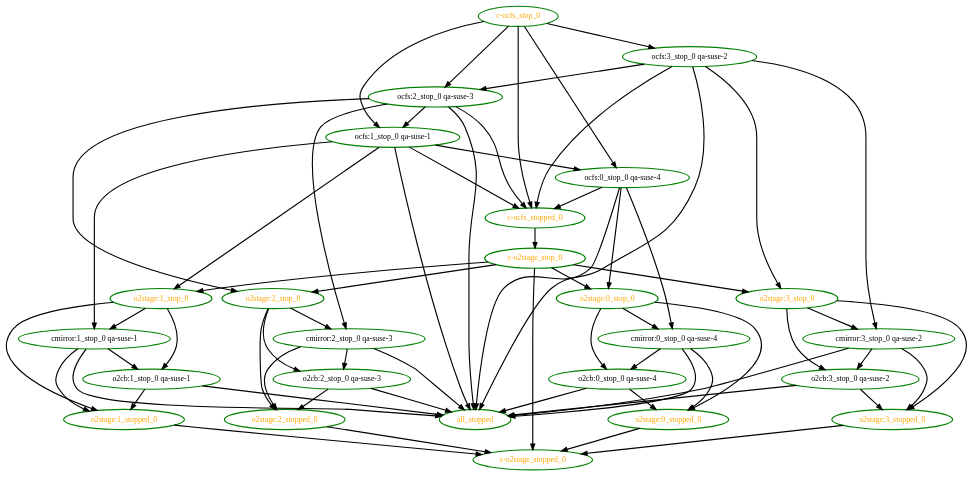
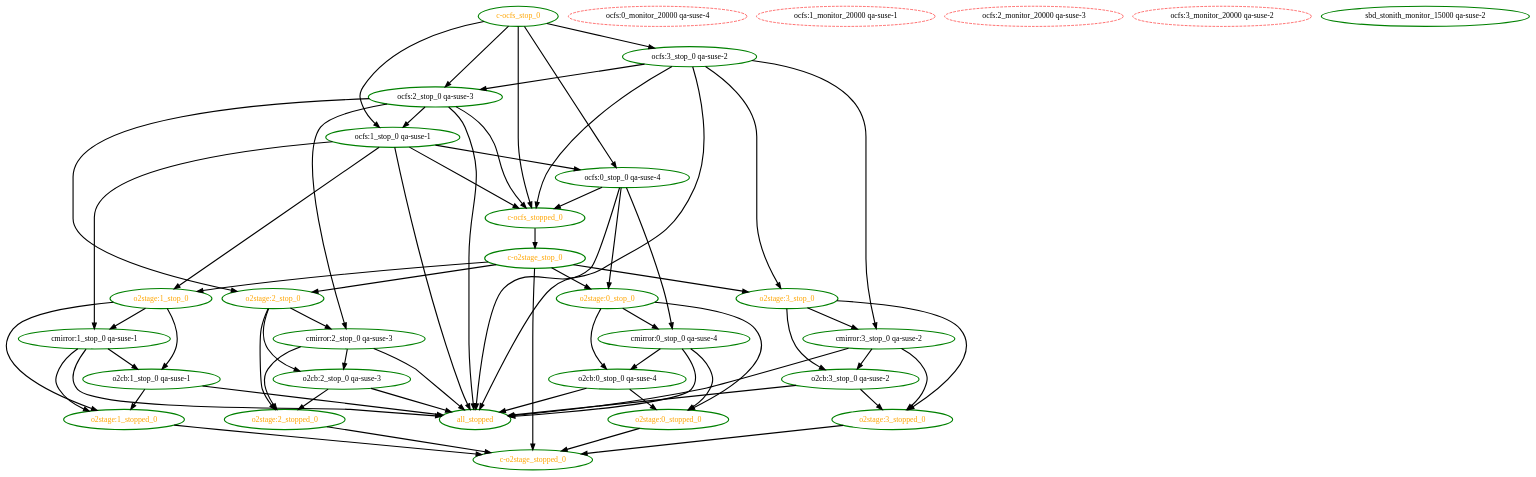
Before and after one commit to ClusterLabs/pacemaker: the diagram in pengine/test10/bug-lf-2422.dot, drawn with Graphviz. The commit also changed 2 other files, not shown here.

```diff
--- a/pengine/test10/bug-lf-2422.dot
+++ b/pengine/test10/bug-lf-2422.dot
@@ -1,93 +1,98 @@
 digraph "g" {
 "all_stopped" [ style=bold color="green" fontcolor="orange"  ]
 "c-o2stage_stop_0" -> "c-o2stage_stopped_0" [ style = bold]
 "c-o2stage_stop_0" -> "o2stage:0_stop_0" [ style = bold]
 "c-o2stage_stop_0" -> "o2stage:1_stop_0" [ style = bold]
 "c-o2stage_stop_0" -> "o2stage:2_stop_0" [ style = bold]
 "c-o2stage_stop_0" -> "o2stage:3_stop_0" [ style = bold]
 "c-o2stage_stop_0" [ style=bold color="green" fontcolor="orange"  ]
 "c-o2stage_stopped_0" [ style=bold color="green" fontcolor="orange"  ]
 "c-ocfs_stop_0" -> "c-ocfs_stopped_0" [ style = bold]
 "c-ocfs_stop_0" -> "ocfs:0_stop_0 qa-suse-4" [ style = bold]
 "c-ocfs_stop_0" -> "ocfs:1_stop_0 qa-suse-1" [ style = bold]
 "c-ocfs_stop_0" -> "ocfs:2_stop_0 qa-suse-3" [ style = bold]
 "c-ocfs_stop_0" -> "ocfs:3_stop_0 qa-suse-2" [ style = bold]
 "c-ocfs_stop_0" [ style=bold color="green" fontcolor="orange"  ]
 "c-ocfs_stopped_0" -> "c-o2stage_stop_0" [ style = bold]
 "c-ocfs_stopped_0" [ style=bold color="green" fontcolor="orange"  ]
 "cmirror:0_stop_0 qa-suse-4" -> "all_stopped" [ style = bold]
 "cmirror:0_stop_0 qa-suse-4" -> "o2cb:0_stop_0 qa-suse-4" [ style = bold]
 "cmirror:0_stop_0 qa-suse-4" -> "o2stage:0_stopped_0" [ style = bold]
 "cmirror:0_stop_0 qa-suse-4" [ style=bold color="green" fontcolor="black"  ]
 "cmirror:1_stop_0 qa-suse-1" -> "all_stopped" [ style = bold]
 "cmirror:1_stop_0 qa-suse-1" -> "o2cb:1_stop_0 qa-suse-1" [ style = bold]
 "cmirror:1_stop_0 qa-suse-1" -> "o2stage:1_stopped_0" [ style = bold]
 "cmirror:1_stop_0 qa-suse-1" [ style=bold color="green" fontcolor="black"  ]
 "cmirror:2_stop_0 qa-suse-3" -> "all_stopped" [ style = bold]
 "cmirror:2_stop_0 qa-suse-3" -> "o2cb:2_stop_0 qa-suse-3" [ style = bold]
 "cmirror:2_stop_0 qa-suse-3" -> "o2stage:2_stopped_0" [ style = bold]
 "cmirror:2_stop_0 qa-suse-3" [ style=bold color="green" fontcolor="black"  ]
 "cmirror:3_stop_0 qa-suse-2" -> "all_stopped" [ style = bold]
 "cmirror:3_stop_0 qa-suse-2" -> "o2cb:3_stop_0 qa-suse-2" [ style = bold]
 "cmirror:3_stop_0 qa-suse-2" -> "o2stage:3_stopped_0" [ style = bold]
 "cmirror:3_stop_0 qa-suse-2" [ style=bold color="green" fontcolor="black"  ]
 "o2cb:0_stop_0 qa-suse-4" -> "all_stopped" [ style = bold]
 "o2cb:0_stop_0 qa-suse-4" -> "o2stage:0_stopped_0" [ style = bold]
 "o2cb:0_stop_0 qa-suse-4" [ style=bold color="green" fontcolor="black"  ]
 "o2cb:1_stop_0 qa-suse-1" -> "all_stopped" [ style = bold]
 "o2cb:1_stop_0 qa-suse-1" -> "o2stage:1_stopped_0" [ style = bold]
 "o2cb:1_stop_0 qa-suse-1" [ style=bold color="green" fontcolor="black"  ]
 "o2cb:2_stop_0 qa-suse-3" -> "all_stopped" [ style = bold]
 "o2cb:2_stop_0 qa-suse-3" -> "o2stage:2_stopped_0" [ style = bold]
 "o2cb:2_stop_0 qa-suse-3" [ style=bold color="green" fontcolor="black"  ]
 "o2cb:3_stop_0 qa-suse-2" -> "all_stopped" [ style = bold]
 "o2cb:3_stop_0 qa-suse-2" -> "o2stage:3_stopped_0" [ style = bold]
 "o2cb:3_stop_0 qa-suse-2" [ style=bold color="green" fontcolor="black"  ]
 "o2stage:0_stop_0" -> "cmirror:0_stop_0 qa-suse-4" [ style = bold]
 "o2stage:0_stop_0" -> "o2cb:0_stop_0 qa-suse-4" [ style = bold]
 "o2stage:0_stop_0" -> "o2stage:0_stopped_0" [ style = bold]
 "o2stage:0_stop_0" [ style=bold color="green" fontcolor="orange"  ]
 "o2stage:0_stopped_0" -> "c-o2stage_stopped_0" [ style = bold]
 "o2stage:0_stopped_0" [ style=bold color="green" fontcolor="orange"  ]
 "o2stage:1_stop_0" -> "cmirror:1_stop_0 qa-suse-1" [ style = bold]
 "o2stage:1_stop_0" -> "o2cb:1_stop_0 qa-suse-1" [ style = bold]
 "o2stage:1_stop_0" -> "o2stage:1_stopped_0" [ style = bold]
 "o2stage:1_stop_0" [ style=bold color="green" fontcolor="orange"  ]
 "o2stage:1_stopped_0" -> "c-o2stage_stopped_0" [ style = bold]
 "o2stage:1_stopped_0" [ style=bold color="green" fontcolor="orange"  ]
 "o2stage:2_stop_0" -> "cmirror:2_stop_0 qa-suse-3" [ style = bold]
 "o2stage:2_stop_0" -> "o2cb:2_stop_0 qa-suse-3" [ style = bold]
 "o2stage:2_stop_0" -> "o2stage:2_stopped_0" [ style = bold]
 "o2stage:2_stop_0" [ style=bold color="green" fontcolor="orange"  ]
 "o2stage:2_stopped_0" -> "c-o2stage_stopped_0" [ style = bold]
 "o2stage:2_stopped_0" [ style=bold color="green" fontcolor="orange"  ]
 "o2stage:3_stop_0" -> "cmirror:3_stop_0 qa-suse-2" [ style = bold]
 "o2stage:3_stop_0" -> "o2cb:3_stop_0 qa-suse-2" [ style = bold]
 "o2stage:3_stop_0" -> "o2stage:3_stopped_0" [ style = bold]
 "o2stage:3_stop_0" [ style=bold color="green" fontcolor="orange"  ]
 "o2stage:3_stopped_0" -> "c-o2stage_stopped_0" [ style = bold]
 "o2stage:3_stopped_0" [ style=bold color="green" fontcolor="orange"  ]
+"ocfs:0_monitor_20000 qa-suse-4" [ style=dashed color="red" fontcolor="black"  ]
 "ocfs:0_stop_0 qa-suse-4" -> "all_stopped" [ style = bold]
 "ocfs:0_stop_0 qa-suse-4" -> "c-ocfs_stopped_0" [ style = bold]
 "ocfs:0_stop_0 qa-suse-4" -> "cmirror:0_stop_0 qa-suse-4" [ style = bold]
 "ocfs:0_stop_0 qa-suse-4" -> "o2stage:0_stop_0" [ style = bold]
 "ocfs:0_stop_0 qa-suse-4" [ style=bold color="green" fontcolor="black"  ]
+"ocfs:1_monitor_20000 qa-suse-1" [ style=dashed color="red" fontcolor="black"  ]
 "ocfs:1_stop_0 qa-suse-1" -> "all_stopped" [ style = bold]
 "ocfs:1_stop_0 qa-suse-1" -> "c-ocfs_stopped_0" [ style = bold]
 "ocfs:1_stop_0 qa-suse-1" -> "cmirror:1_stop_0 qa-suse-1" [ style = bold]
 "ocfs:1_stop_0 qa-suse-1" -> "o2stage:1_stop_0" [ style = bold]
 "ocfs:1_stop_0 qa-suse-1" -> "ocfs:0_stop_0 qa-suse-4" [ style = bold]
 "ocfs:1_stop_0 qa-suse-1" [ style=bold color="green" fontcolor="black"  ]
+"ocfs:2_monitor_20000 qa-suse-3" [ style=dashed color="red" fontcolor="black"  ]
 "ocfs:2_stop_0 qa-suse-3" -> "all_stopped" [ style = bold]
 "ocfs:2_stop_0 qa-suse-3" -> "c-ocfs_stopped_0" [ style = bold]
 "ocfs:2_stop_0 qa-suse-3" -> "cmirror:2_stop_0 qa-suse-3" [ style = bold]
 "ocfs:2_stop_0 qa-suse-3" -> "o2stage:2_stop_0" [ style = bold]
 "ocfs:2_stop_0 qa-suse-3" -> "ocfs:1_stop_0 qa-suse-1" [ style = bold]
 "ocfs:2_stop_0 qa-suse-3" [ style=bold color="green" fontcolor="black"  ]
+"ocfs:3_monitor_20000 qa-suse-2" [ style=dashed color="red" fontcolor="black"  ]
 "ocfs:3_stop_0 qa-suse-2" -> "all_stopped" [ style = bold]
 "ocfs:3_stop_0 qa-suse-2" -> "c-ocfs_stopped_0" [ style = bold]
 "ocfs:3_stop_0 qa-suse-2" -> "cmirror:3_stop_0 qa-suse-2" [ style = bold]
 "ocfs:3_stop_0 qa-suse-2" -> "o2stage:3_stop_0" [ style = bold]
 "ocfs:3_stop_0 qa-suse-2" -> "ocfs:2_stop_0 qa-suse-3" [ style = bold]
 "ocfs:3_stop_0 qa-suse-2" [ style=bold color="green" fontcolor="black"  ]
+"sbd_stonith_monitor_15000 qa-suse-2" [ style=bold color="green" fontcolor="black"  ]
 }
```
